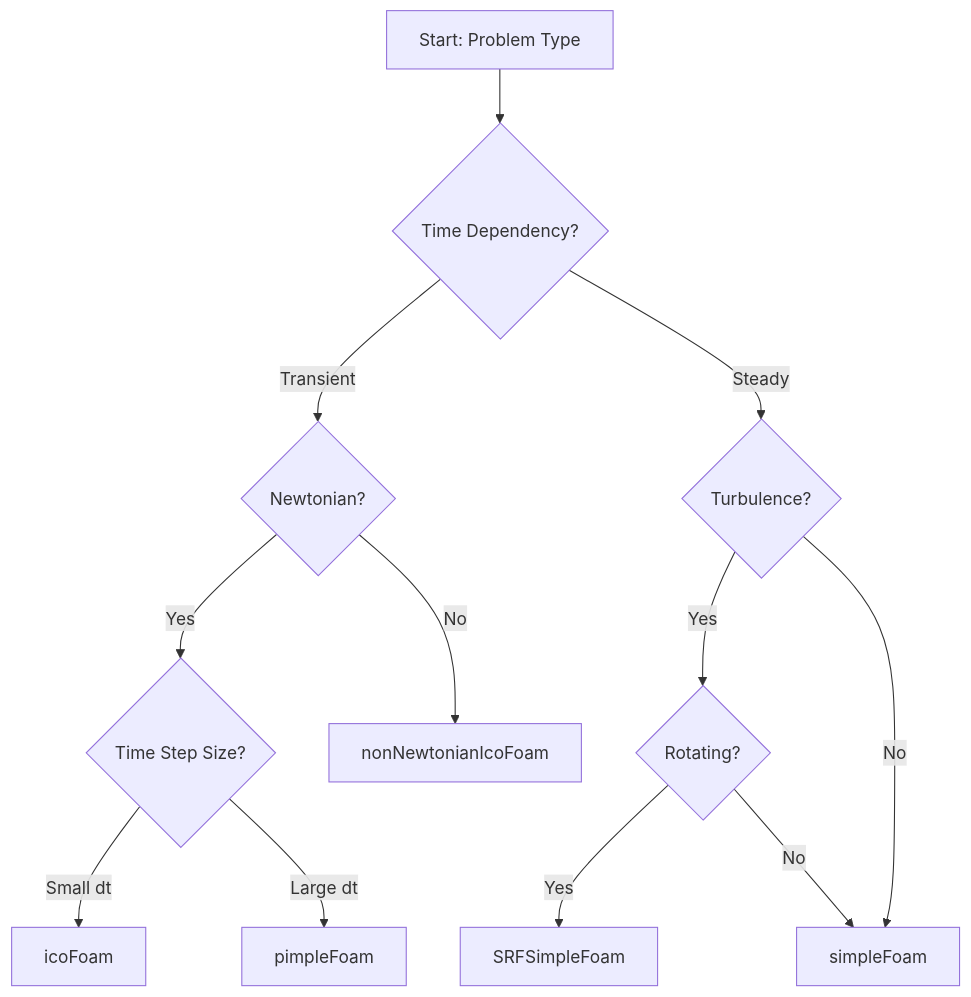
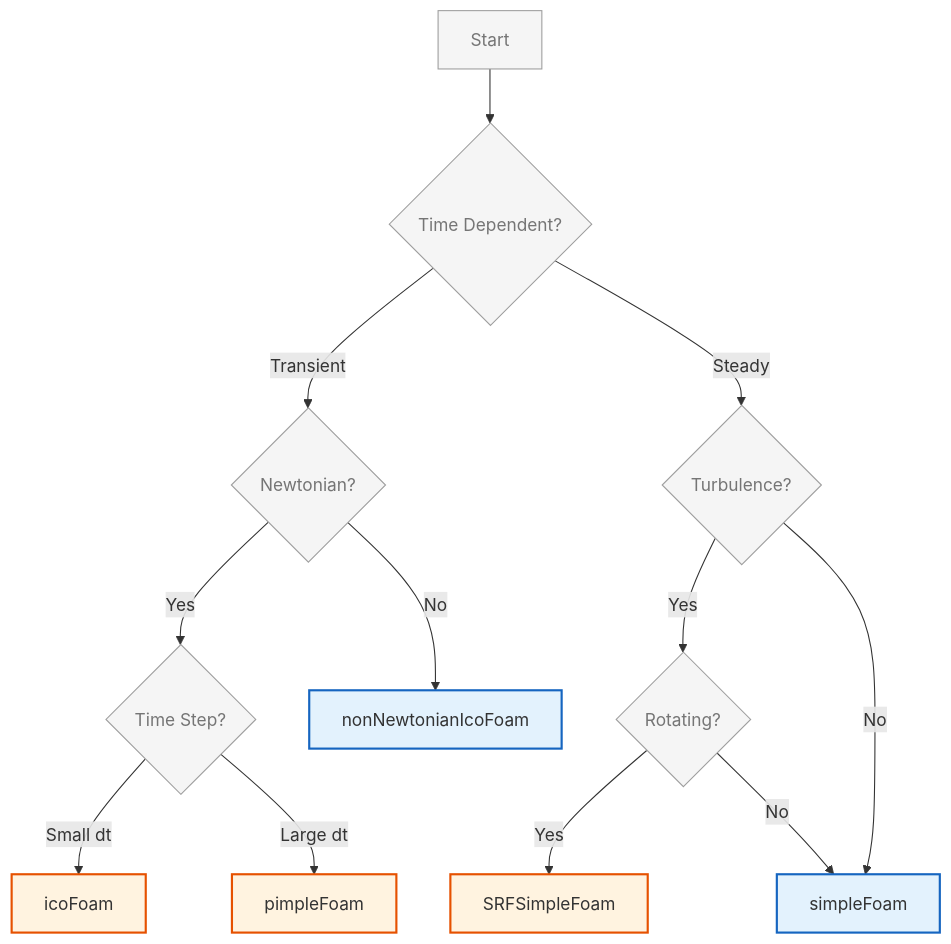
Before and after one commit to wramet/build-my-cfd: the third of 3 diagrams in MODULE_03_SINGLE_PHASE_FLOW/CONTENT/01_INCOMPRESSIBLE_FLOW_SOLVERS/02_Standard_Solvers.md, drawn with Mermaid. The commit also changed other lines of this file and 313 other files, not shown here.

Commit message:
Revise all diagram

````diff
--- a/MODULE_03_SINGLE_PHASE_FLOW/CONTENT/01_INCOMPRESSIBLE_FLOW_SOLVERS/02_Standard_Solvers.md
+++ b/MODULE_03_SINGLE_PHASE_FLOW/CONTENT/01_INCOMPRESSIBLE_FLOW_SOLVERS/02_Standard_Solvers.md
@@ -573,18 +583,23 @@
 ```mermaid
 flowchart TD
-    A[Start: Problem Type] --> B{Time Dependency?}
-    B -->|Transient| C{Newtonian?}
-    B -->|Steady| D{Turbulence?}
+%% Classes
+classDef explicit fill:#fff3e0,stroke:#e65100,stroke-width:2px;
+classDef implicit fill:#e3f2fd,stroke:#1565c0,stroke-width:2px;
+classDef context fill:#f5f5f5,stroke:#9e9e9e,stroke-width:1px,color:#757575;
+%% Nodes
+A[Start]:::context --> B{Time Dependent?}:::context
+B -->|Transient| C{Newtonian?}:::context
+B -->|Steady| D{Turbulence?}:::context
 
-    C -->|Yes| E{Time Step Size?}
-    C -->|No| F[nonNewtonianIcoFoam]
+C -->|Yes| E{Time Step?}:::context
+C -->|No| F[nonNewtonianIcoFoam]:::implicit
 
-    E -->|Small dt| G[icoFoam]
-    E -->|Large dt| H[pimpleFoam]
+E -->|Small dt| G[icoFoam]:::explicit
+E -->|Large dt| H[pimpleFoam]:::explicit
 
-    D -->|Yes| I{Rotating?}
-    D -->|No| J[simpleFoam]
+D -->|Yes| I{Rotating?}:::context
+D -->|No| J[simpleFoam]:::implicit
 
-    I -->|Yes| K[SRFSimpleFoam]
-    I -->|No| J
+I -->|Yes| K[SRFSimpleFoam]:::explicit
+I -->|No| J
 ```
````
